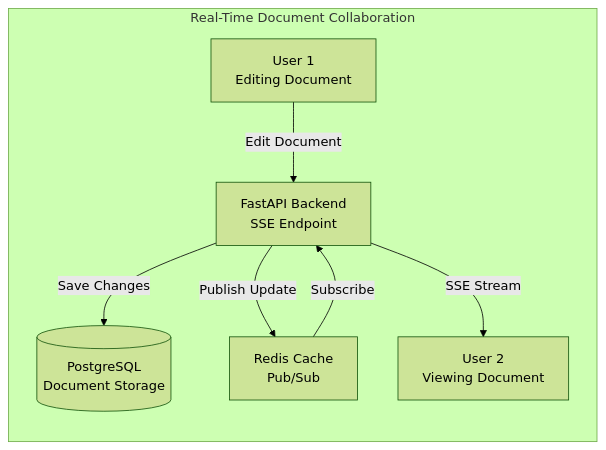
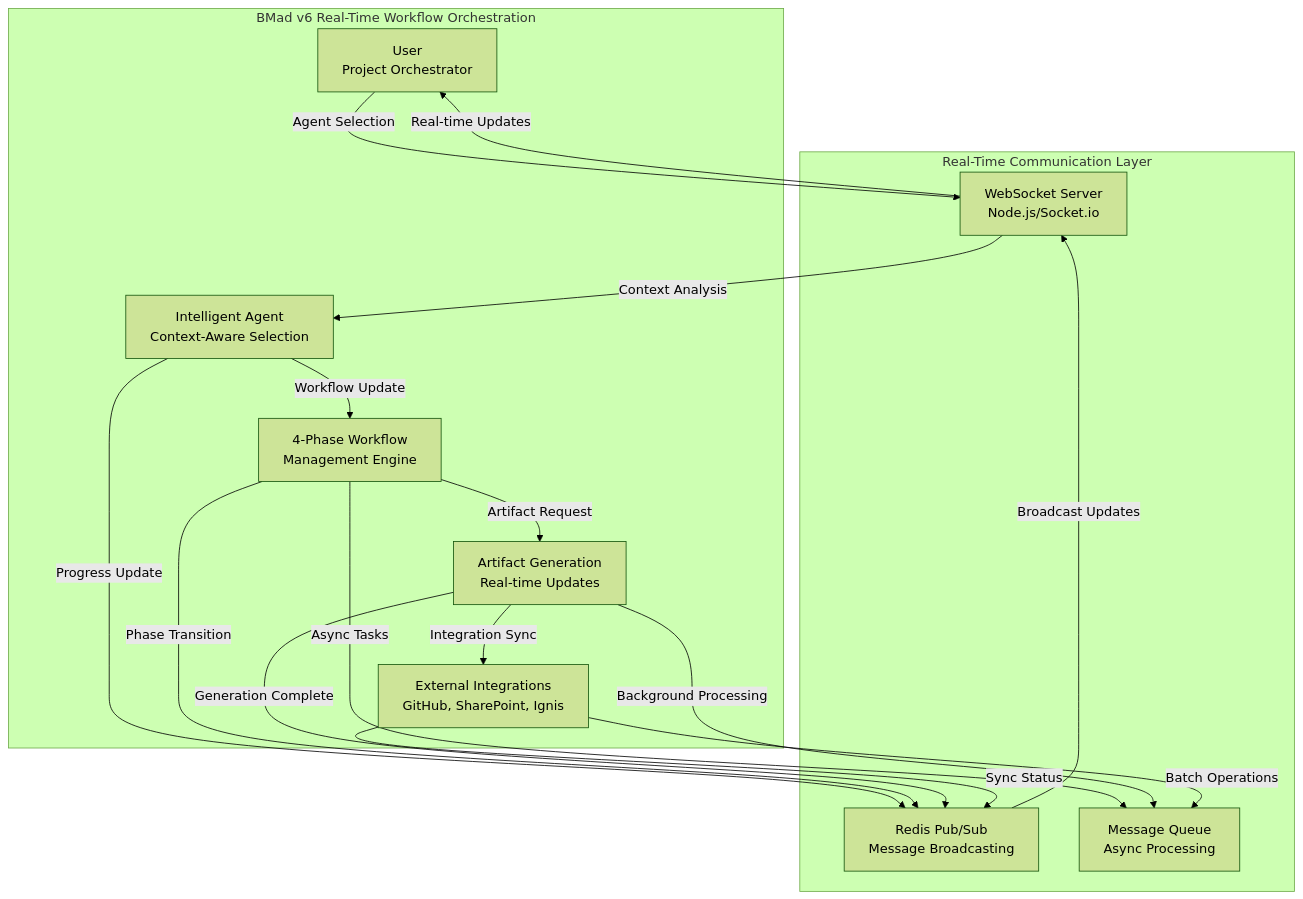
The fifth of 12 diagrams in docs/architecture.md (Ig-Saad/bmad-test-repo-003), drawn with Mermaid (forest theme) before and after one commit. The commit also changed other lines of this file and 2 other files, not shown here.

Commit message:
added poc prd, updated prd and architecture for the project

````diff
--- a/docs/architecture.md
+++ b/docs/architecture.md
@@ -839,16 +1566,34 @@
 ```mermaid
-graph LR
-    subgraph "Real-Time Document Collaboration"
-        USER1[User 1<br/>Editing Document]
-        USER2[User 2<br/>Viewing Document]
-        API[FastAPI Backend<br/>SSE Endpoint]
-        REDIS[Redis Cache<br/>Pub/Sub]
-        DB[(PostgreSQL<br/>Document Storage)]
+graph TB
+    subgraph "BMad v6 Real-Time Workflow Orchestration"
+        USER[User<br/>Project Orchestrator]
+        AGENT[Intelligent Agent<br/>Context-Aware Selection]
+        WORKFLOW[4-Phase Workflow<br/>Management Engine]
+        ARTIFACTS[Artifact Generation<br/>Real-time Updates]
+        INTEGRATIONS[External Integrations<br/>GitHub, SharePoint, Ignis]
     end
 
-    USER1 -->|Edit Document| API
-    API -->|Save Changes| DB
-    API -->|Publish Update| REDIS
-    REDIS -->|Subscribe| API
-    API -->|SSE Stream| USER2
+    subgraph "Real-Time Communication Layer"
+        WS[WebSocket Server<br/>Node.js/Socket.io]
+        REDIS[Redis Pub/Sub<br/>Message Broadcasting]
+        QUEUE[Message Queue<br/>Async Processing]
+    end
+
+    USER -->|Agent Selection| WS
+    WS -->|Context Analysis| AGENT
+    AGENT -->|Workflow Update| WORKFLOW
+    WORKFLOW -->|Artifact Request| ARTIFACTS
+    ARTIFACTS -->|Integration Sync| INTEGRATIONS
+
+    AGENT -->|Progress Update| REDIS
+    WORKFLOW -->|Phase Transition| REDIS
+    ARTIFACTS -->|Generation Complete| REDIS
+    INTEGRATIONS -->|Sync Status| REDIS
+
+    REDIS -->|Broadcast Updates| WS
+    WS -->|Real-time Updates| USER
+
+    WORKFLOW -->|Async Tasks| QUEUE
+    ARTIFACTS -->|Background Processing| QUEUE
+    INTEGRATIONS -->|Batch Operations| QUEUE
 ```
````
